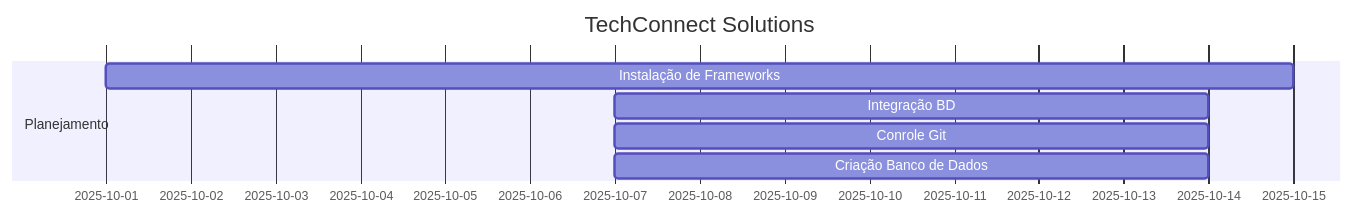
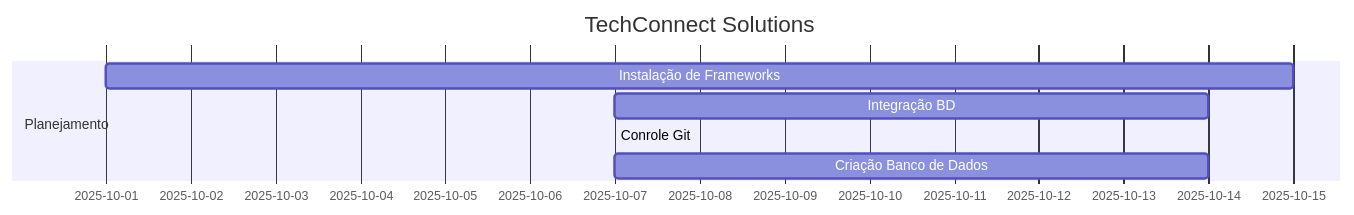
One commit to AnandaMazine/Grafico-Gantt changed the first of 3 diagrams in README.md. Above: the diagram before and after it, drawn with Mermaid.

````diff
--- a/README.md
+++ b/README.md
@@ -1,10 +1,10 @@
 ```mermaid
 gantt
 title TechConnect Solutions
 dateFormat YYYY-MM-DD
 section Planejamento
 Instalação de Frameworks:if, 2025-10-01, 14d
 Integração BD:ib, 2025-10-07, 7d
-Conrole Git: cg, 2025-10-07, 7d
+Conrole Git: cg, 2025-10-07, 7s
 Criação Banco de Dados:db, 2025-10-07, 7d
 ```
````
